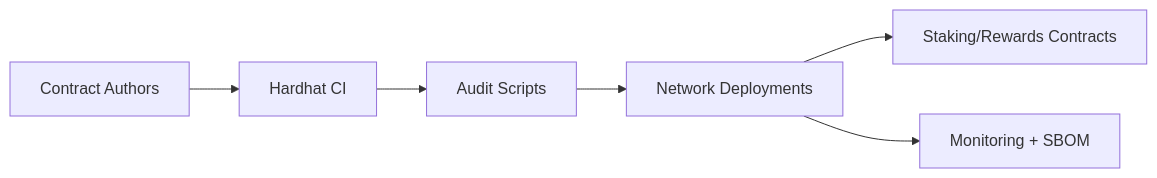
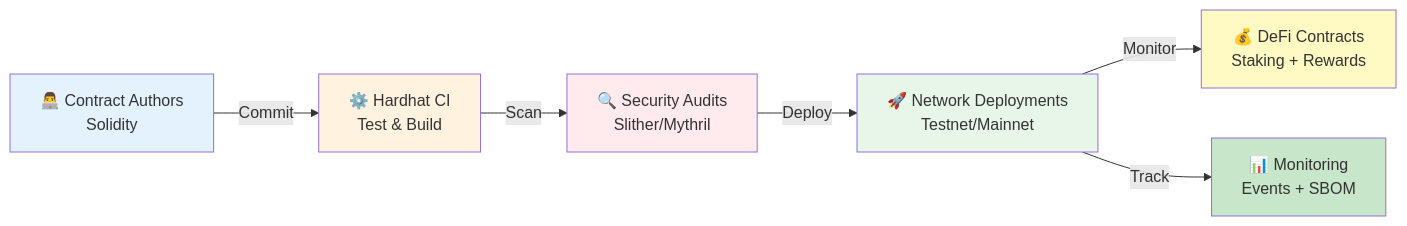
The tenth of 28 diagrams in README.md (samueljackson-collab/Samueljackson-collab), drawn with Mermaid before and after one commit. The commit also changed other lines of this file, not shown here.

Commit message:
Enhanced all diagrams with detailed labels, icons, and styling

````diff
--- a/README.md
+++ b/README.md
@@ -326,8 +386,15 @@
 ```mermaid
 flowchart LR
-  Devs[Contract Authors] --> Hardhat[Hardhat CI]
-  Hardhat --> Audits[Audit Scripts]
-  Audits --> Deploys[Network Deployments]
-  Deploys --> Staking[Staking/Rewards Contracts]
-  Deploys --> Dashboards[Monitoring + SBOM]
+  Devs[👨‍💻 Contract Authors<br/>Solidity] -->|Commit| Hardhat[⚙️ Hardhat CI<br/>Test & Build]
+  Hardhat -->|Scan| Audits[🔍 Security Audits<br/>Slither/Mythril]
+  Audits -->|Deploy| Deploys[🚀 Network Deployments<br/>Testnet/Mainnet]
+  Deploys -->|Monitor| Staking[💰 DeFi Contracts<br/>Staking + Rewards]
+  Deploys -->|Track| Dashboards[📊 Monitoring<br/>Events + SBOM]
+  
+  style Devs fill:#e3f2fd
+  style Hardhat fill:#fff3e0
+  style Audits fill:#ffebee
+  style Deploys fill:#e8f5e9
+  style Staking fill:#fff9c4
+  style Dashboards fill:#c8e6c9
 ```
````
